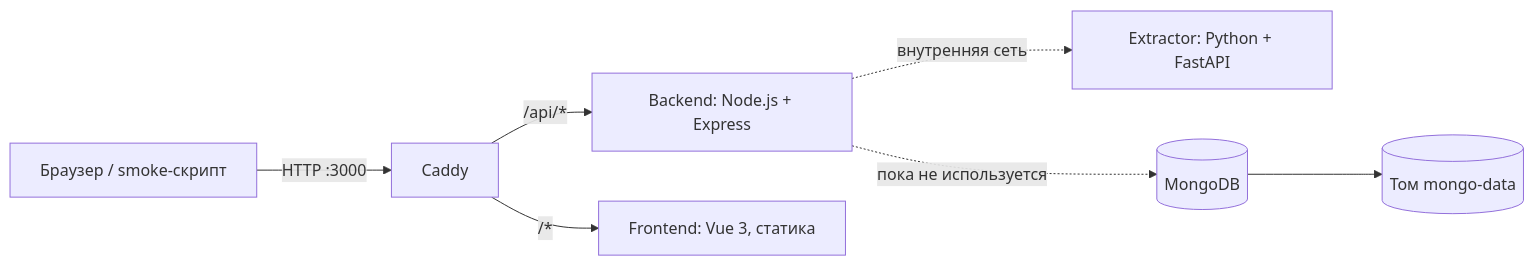
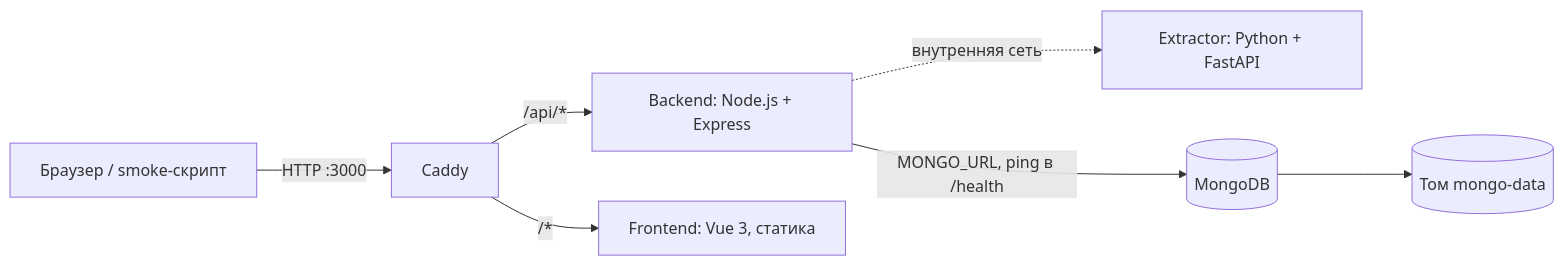
The diagram in README.md (BAITC-Hacks/hack-0592591a-optimus), drawn with Mermaid before and after one commit. The commit also changed other lines of this file and 7 other files, not shown here.

First line of the commit message:
feat(backend): connect to MongoDB and report it in /api/health

````diff
--- a/README.md
+++ b/README.md
@@ -50,9 +50,9 @@
 ```mermaid
 flowchart LR
     user[Браузер / smoke-скрипт] -->|HTTP :3000| caddy[Caddy]
     caddy -->|/api/*| backend[Backend: Node.js + Express]
     caddy -->|/*| frontend[Frontend: Vue 3, статика]
     backend -.->|внутренняя сеть| extractor[Extractor: Python + FastAPI]
-    backend -.->|пока не используется| mongo[(MongoDB)]
+    backend -->|MONGO_URL, ping в /health| mongo[(MongoDB)]
     mongo --> volume[(Том mongo-data)]
 ```
````
